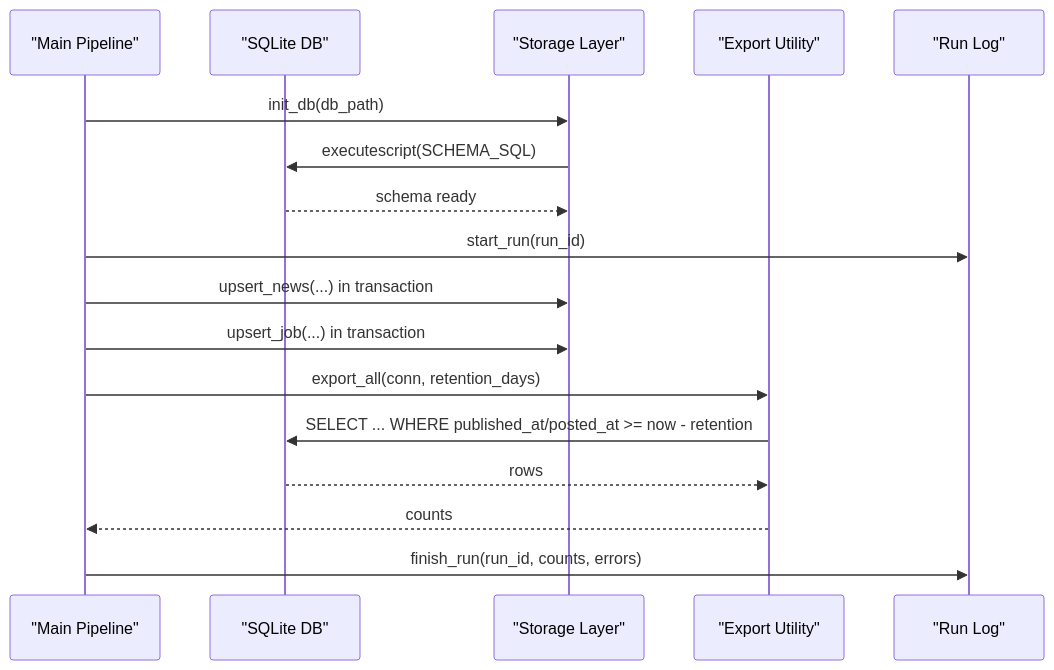
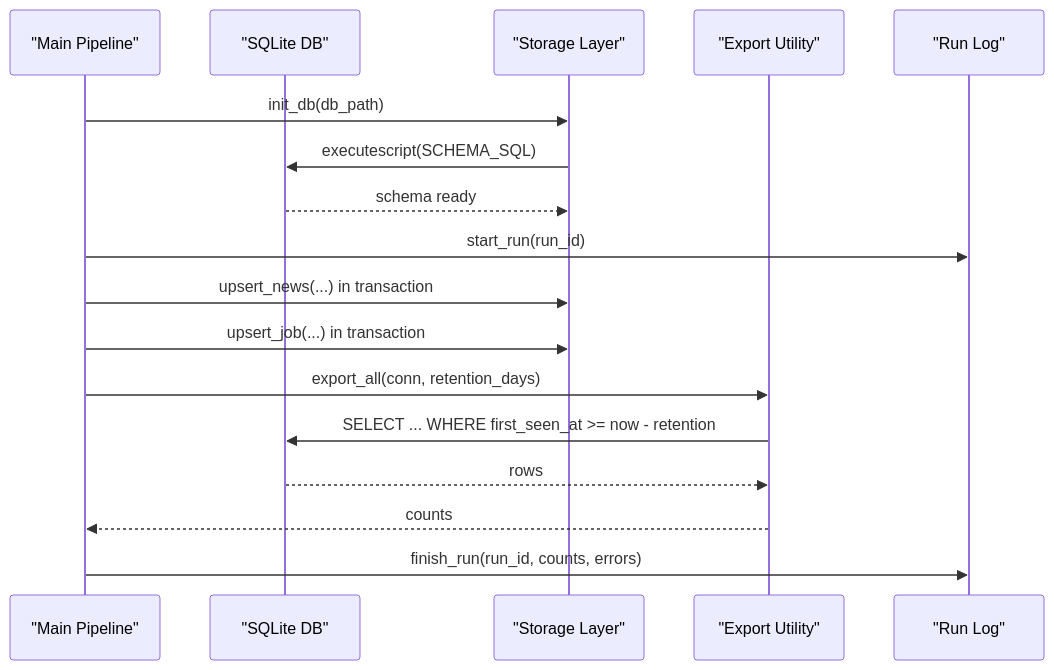
The second of 10 diagrams in .qoder/repowiki/en/content/Data Management/Database Operations.md (shakthi-vinayak/news), drawn with Mermaid before and after one commit. The commit also changed other lines of this file and 37 other files, not shown here.

````diff
--- a/.qoder/repowiki/en/content/Data Management/Database Operations.md
+++ b/.qoder/repowiki/en/content/Data Management/Database Operations.md
@@ -95,19 +102,19 @@
 ```mermaid
 sequenceDiagram
 participant Orchestrator as "Main Pipeline"
 participant DB as "SQLite DB"
 participant Storage as "Storage Layer"
 participant Export as "Export Utility"
 participant RunLog as "Run Log"
 Orchestrator->>Storage : init_db(db_path)
 Storage->>DB : executescript(SCHEMA_SQL)
 DB-->>Storage : schema ready
 Orchestrator->>RunLog : start_run(run_id)
 Orchestrator->>Storage : upsert_news(...) in transaction
 Orchestrator->>Storage : upsert_job(...) in transaction
 Orchestrator->>Export : export_all(conn, retention_days)
-Export->>DB : SELECT ... WHERE published_at/posted_at >= now - retention
+Export->>DB : SELECT ... WHERE first_seen_at >= now - retention
 DB-->>Export : rows
 Export-->>Orchestrator : counts
 Orchestrator->>RunLog : finish_run(run_id, counts, errors)
 ```
````
